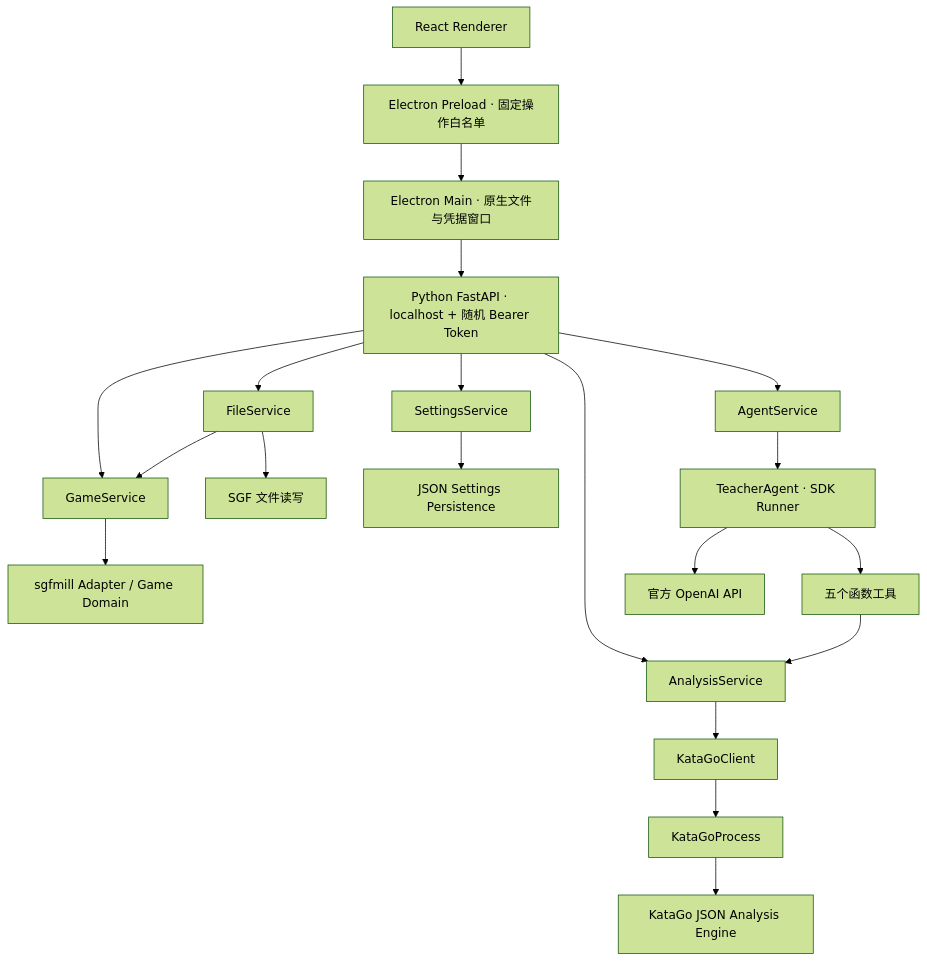
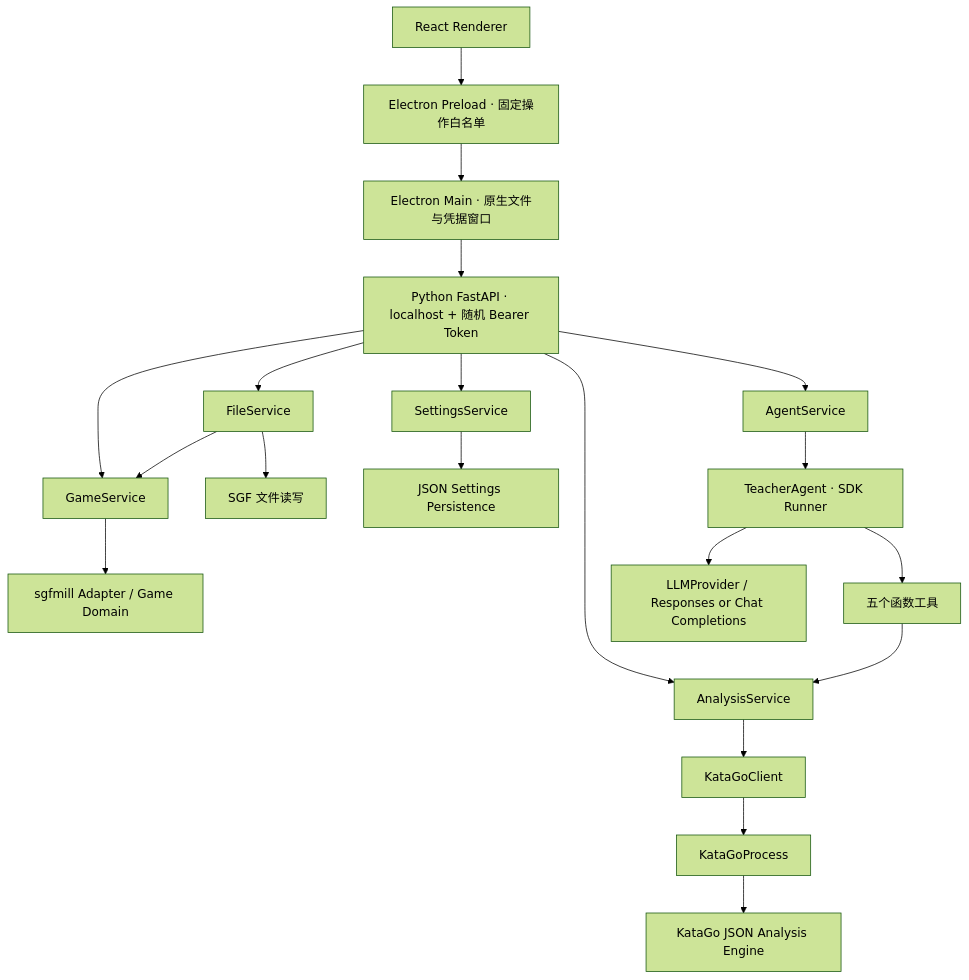
Before and after one commit to lelexia0131/LLMgo: the first of 2 diagrams in ARCHITECTURE.md, drawn with Mermaid (forest theme). The commit also changed other lines of this file and 37 other files, not shown here.

````diff
--- a/ARCHITECTURE.md
+++ b/ARCHITECTURE.md
@@ -3,22 +3,22 @@
 ```mermaid
 flowchart TD
   Renderer[React Renderer] --> Preload[Electron Preload · 固定操作白名单]
   Preload --> Main[Electron Main · 原生文件与凭据窗口]
   Main --> API[Python FastAPI · localhost + 随机 Bearer Token]
   API --> Game[GameService]
   API --> Analysis[AnalysisService]
   API --> Agent[AgentService]
   API --> File[FileService]
   API --> Settings[SettingsService]
   Game --> SGF[sgfmill Adapter / Game Domain]
   File --> Game
   File --> Files[SGF 文件读写]
   Settings --> Persistence[JSON Settings Persistence]
   Agent --> Teacher[TeacherAgent · SDK Runner]
   Teacher --> Tools[五个函数工具]
   Tools --> Analysis
   Analysis --> Client[KataGoClient]
   Client --> Process[KataGoProcess]
   Process --> Engine[KataGo JSON Analysis Engine]
-  Teacher --> OpenAI[官方 OpenAI API]
+  Teacher --> Provider[LLMProvider / Responses or Chat Completions]
 ```
````
